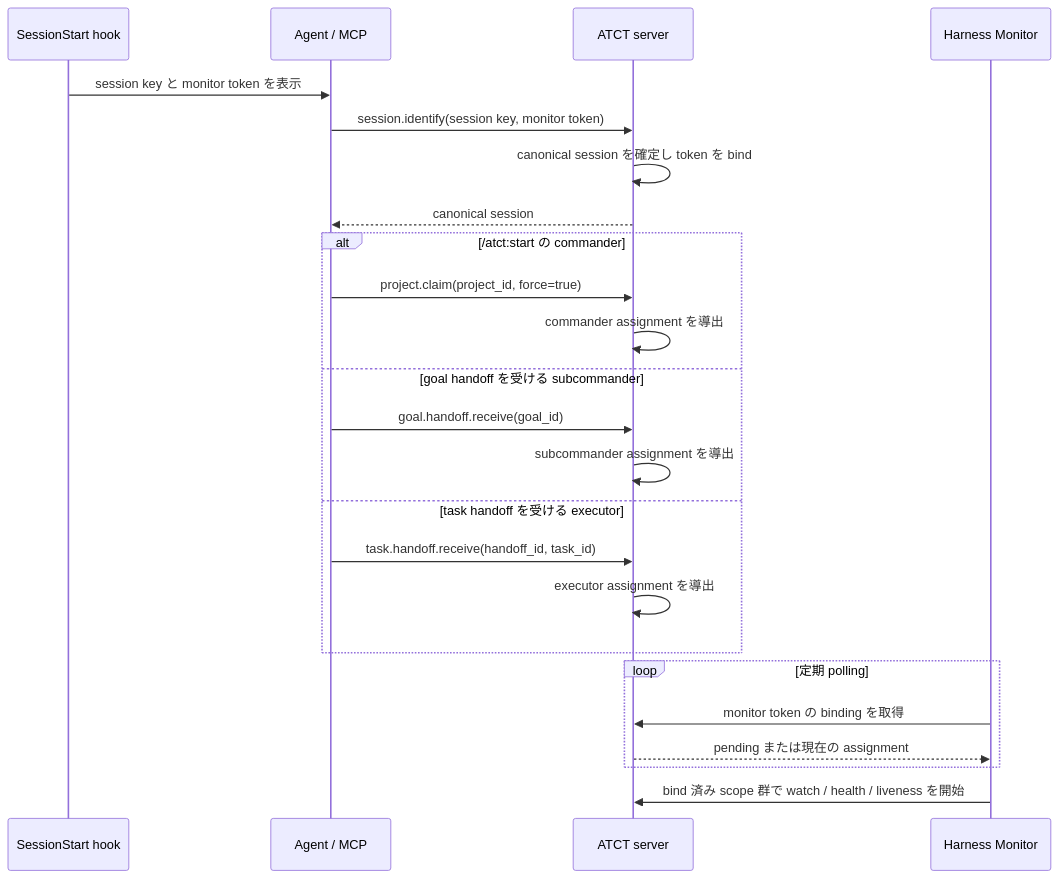
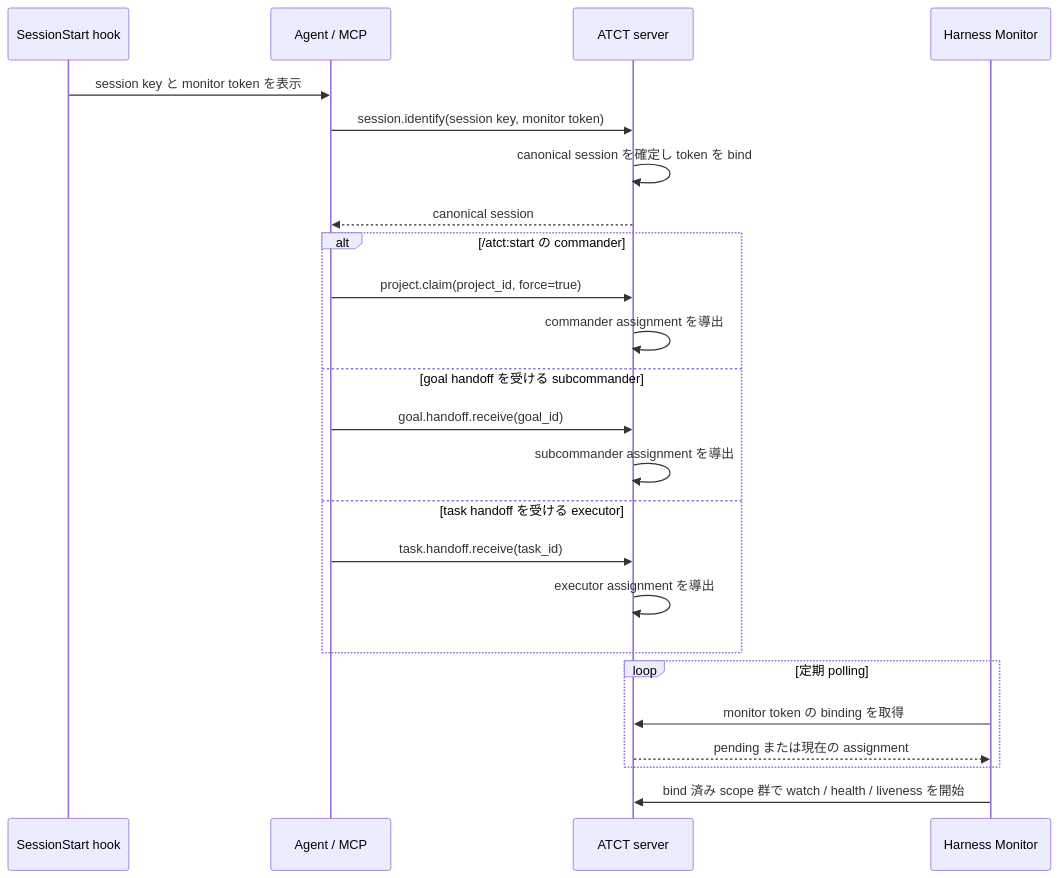
The diagram in doc/bootstrap.md (michiomochi/atct), drawn with Mermaid before and after one commit. The commit also changed other lines of this file, not shown here.

Commit message:
docs: simplify monitor bootstrap flow

````diff
--- a/doc/bootstrap.md
+++ b/doc/bootstrap.md
@@ -24,27 +23,27 @@
 ```mermaid
 sequenceDiagram
     participant H as SessionStart hook
     participant A as Agent / MCP
     participant S as ATCT server
     participant M as Harness Monitor
 
     H->>A: session key と monitor token を表示
     A->>S: session.identify(session key, monitor token)
     S->>S: canonical session を確定し token を bind
     S-->>A: canonical session
     alt /atct:start の commander
         A->>S: project.claim(project_id, force=true)
         S->>S: commander assignment を導出
     else goal handoff を受ける subcommander
         A->>S: goal.handoff.receive(goal_id)
         S->>S: subcommander assignment を導出
     else task handoff を受ける executor
-        A->>S: task.handoff.receive(handoff_id, task_id)
+        A->>S: task.handoff.receive(task_id)
         S->>S: executor assignment を導出
     end
     loop 定期 polling
         M->>S: monitor token の binding を取得
         S-->>M: pending または現在の assignment
     end
     M->>S: bind 済み scope 群で watch / health / liveness を開始
 ```
````
